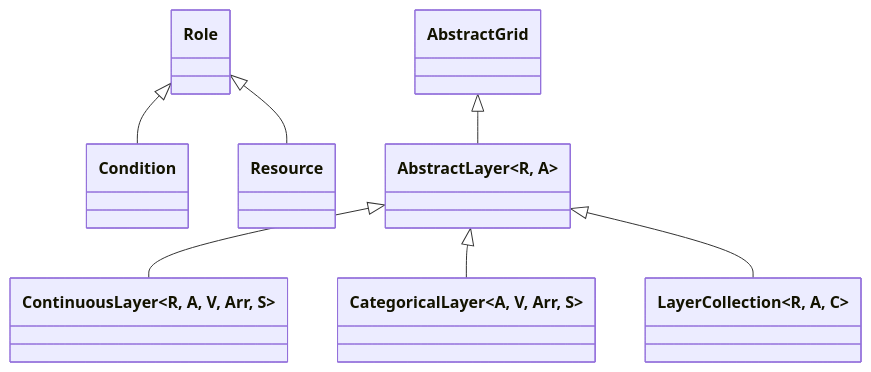
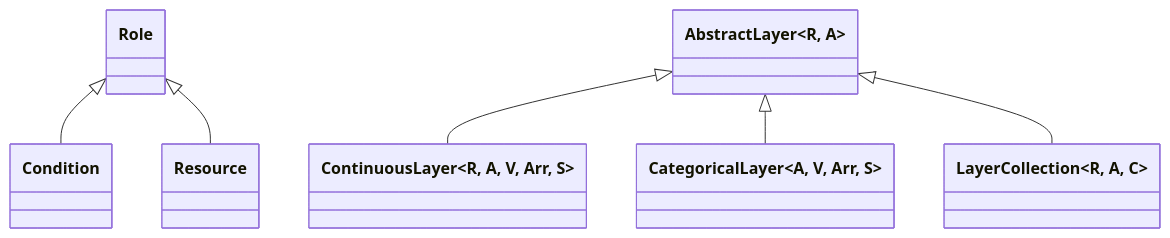
Before and after one commit to EcoJulia/EcoSISTEM.jl: the third of 20 diagrams in data/architecture.md, drawn with Mermaid. The commit also changed other lines of this file and 12 other files, not shown here.

````diff
--- a/data/architecture.md
+++ b/data/architecture.md
@@ -119,16 +119,15 @@
 ```mermaid
 classDiagram
     class Role
     class Condition
     class Resource
     class AbstractLayer~R, A~
     class ContinuousLayer~R, A, V, Arr, S~
     class CategoricalLayer~A, V, Arr, S~
     class LayerCollection~R, A, C~
     Role <|-- Condition
     Role <|-- Resource
-    AbstractGrid   <|-- AbstractLayer
     AbstractLayer  <|-- ContinuousLayer
     AbstractLayer  <|-- CategoricalLayer
     AbstractLayer  <|-- LayerCollection
 ```
````
